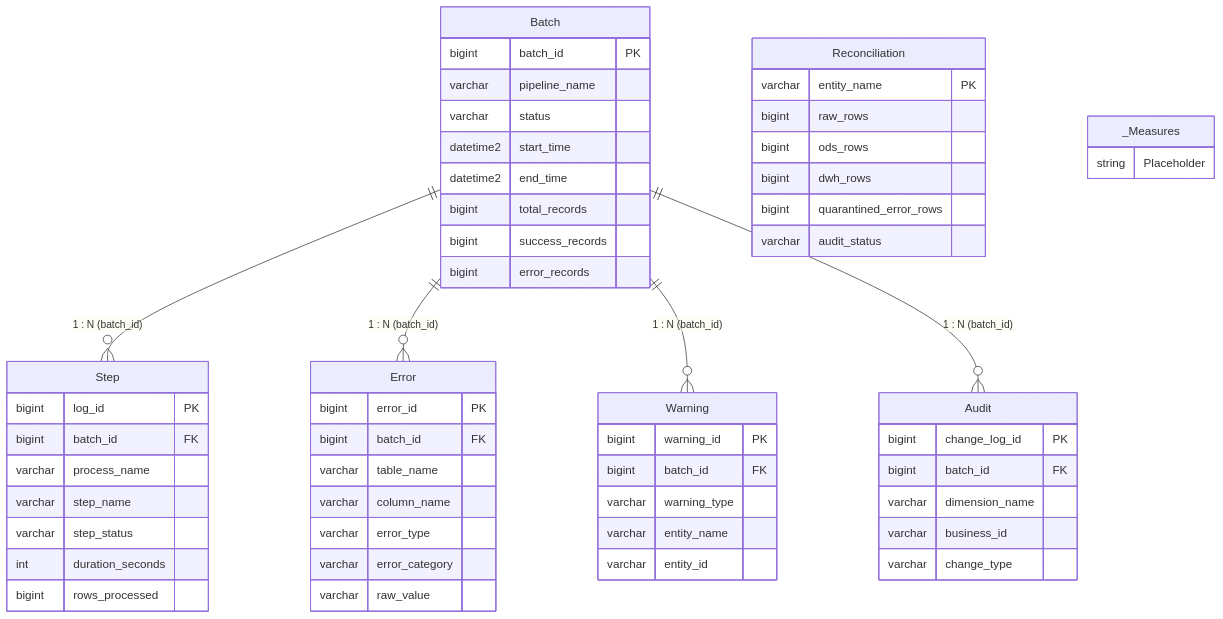
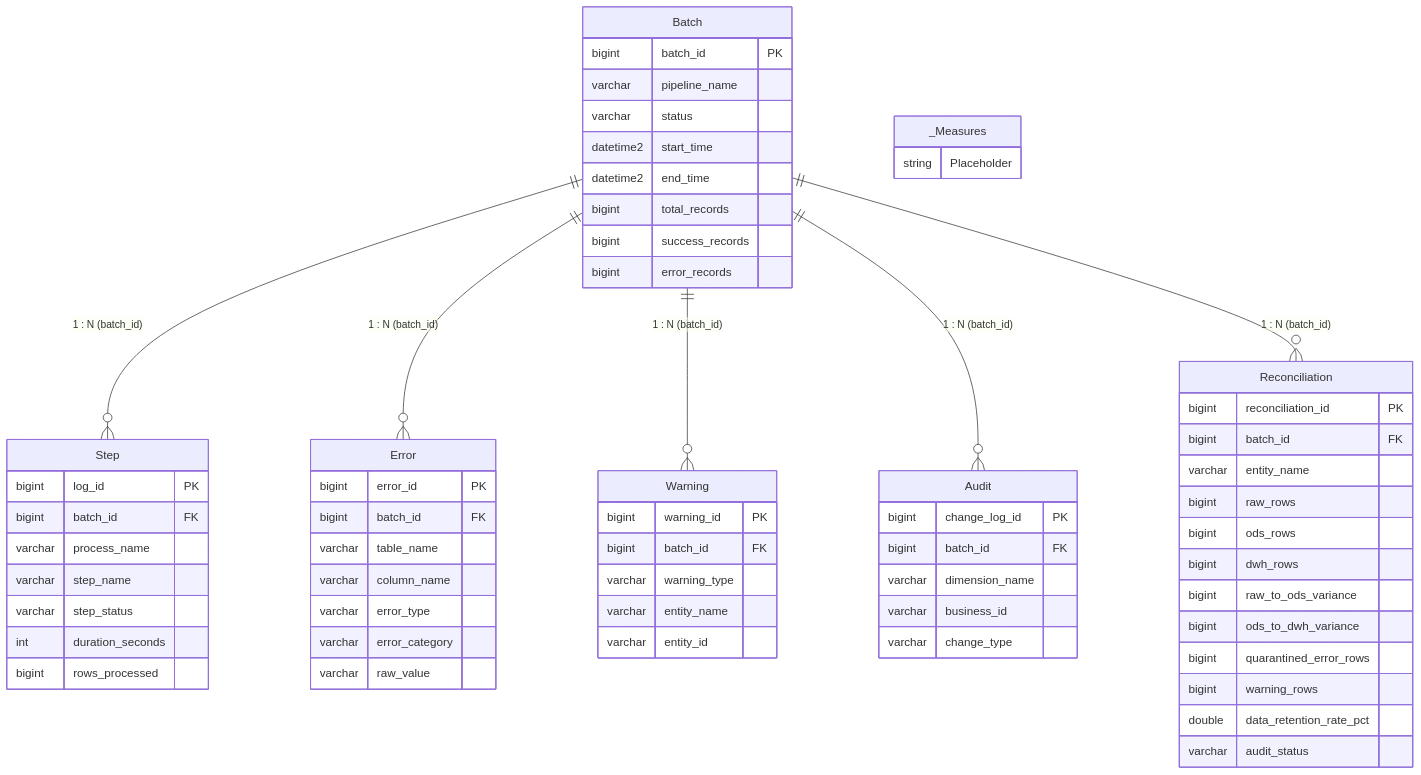
One commit to WalterEdwardd/food-delivery-etl-dwh changed the diagram in powerbi/pipeline_monitoring/data_dictionary.md. Above: the diagram before and after it, drawn with Mermaid. The commit also changed other lines of this file, not shown here.

Commit message:
docs(powerbi): translate data dictionary to english and update DAX measure catalog

````diff
--- a/powerbi/pipeline_monitoring/data_dictionary.md
+++ b/powerbi/pipeline_monitoring/data_dictionary.md
@@ -15,67 +15,74 @@
 ```mermaid
 erDiagram
     Batch ||--o{ Step : "1 : N (batch_id)"
     Batch ||--o{ Error : "1 : N (batch_id)"
     Batch ||--o{ Warning : "1 : N (batch_id)"
     Batch ||--o{ Audit : "1 : N (batch_id)"
+    Batch ||--o{ Reconciliation : "1 : N (batch_id)"
     
     Batch {
         bigint batch_id PK
         varchar pipeline_name
         varchar status
         datetime2 start_time
         datetime2 end_time
         bigint total_records
         bigint success_records
         bigint error_records
     }
     
     Step {
         bigint log_id PK
         bigint batch_id FK
         varchar process_name
         varchar step_name
         varchar step_status
         int duration_seconds
         bigint rows_processed
     }
 
     Error {
         bigint error_id PK
         bigint batch_id FK
         varchar table_name
         varchar column_name
         varchar error_type
         varchar error_category
         varchar raw_value
     }
 
     Warning {
         bigint warning_id PK
         bigint batch_id FK
         varchar warning_type
         varchar entity_name
         varchar entity_id
     }
 
     Audit {
         bigint change_log_id PK
         bigint batch_id FK
         varchar dimension_name
         varchar business_id
         varchar change_type
     }
 
     Reconciliation {
-        varchar entity_name PK
+        bigint reconciliation_id PK
+        bigint batch_id FK
+        varchar entity_name
         bigint raw_rows
         bigint ods_rows
         bigint dwh_rows
+        bigint raw_to_ods_variance
+        bigint ods_to_dwh_variance
         bigint quarantined_error_rows
+        bigint warning_rows
+        double data_retention_rate_pct
         varchar audit_status
     }
 
     _Measures {
         string Placeholder
     }
 ```
````
